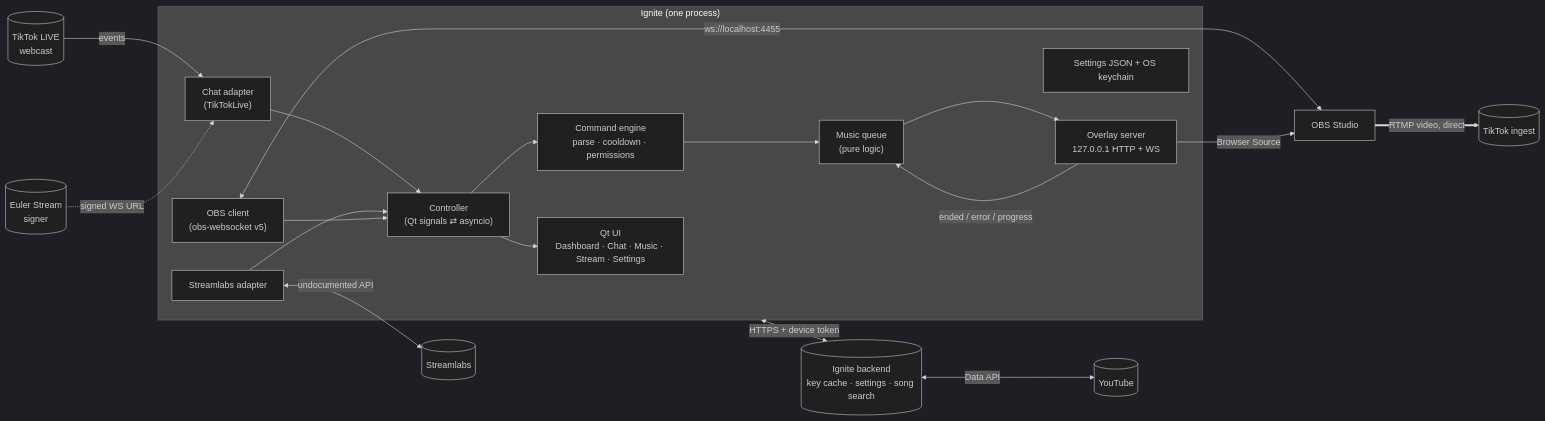
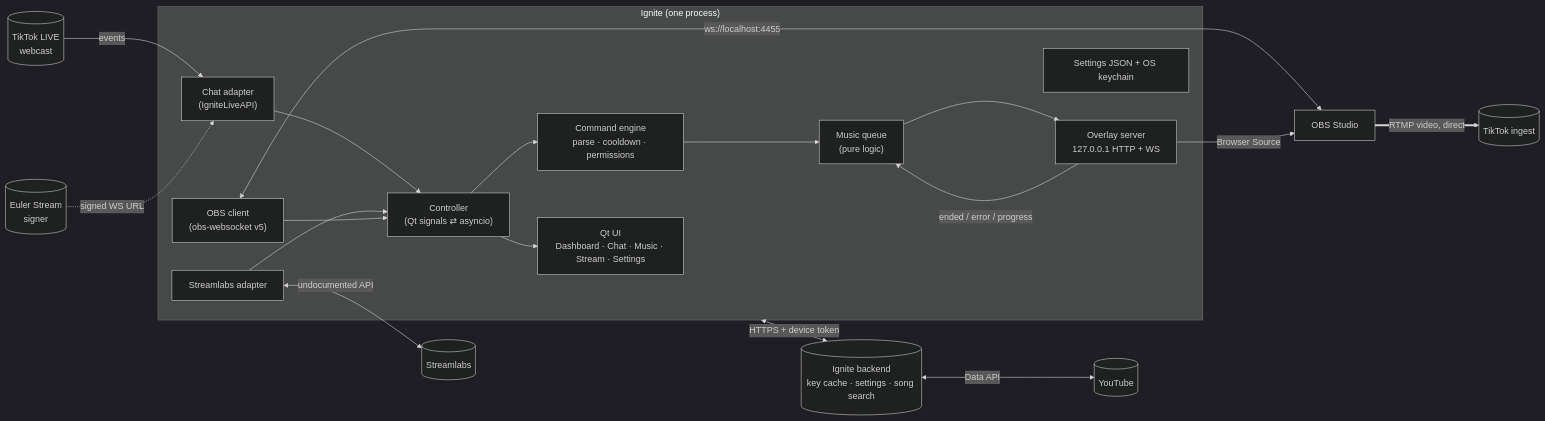
Before and after one commit to sh1ftycode/IgniteLive: the diagram in docs/DESIGN.md, drawn with Mermaid (dark theme). The commit also changed other lines of this file and 11 other files, not shown here.

First line of the commit message:
Use IgniteLiveAPI instead of TikTokLive for TikTok chat

````diff
--- a/docs/DESIGN.md
+++ b/docs/DESIGN.md
@@ -139,27 +142,27 @@
 ```mermaid
 flowchart LR
   subgraph Desktop["Ignite (one process)"]
     UI["Qt UI<br/>Dashboard · Chat · Music · Stream · Settings"]
     Bus["Controller<br/>(Qt signals ⇄ asyncio)"]
-    Chat["Chat adapter<br/>(TikTokLive)"]
+    Chat["Chat adapter<br/>(IgniteLiveAPI)"]
     Cmd["Command engine<br/>parse · cooldown · permissions"]
     Q["Music queue<br/>(pure logic)"]
     SL["Streamlabs adapter"]
     OBSC["OBS client<br/>(obs-websocket v5)"]
     OVS["Overlay server<br/>127.0.0.1 HTTP + WS"]
     Store["Settings JSON + OS keychain"]
   end
   TT[(TikTok LIVE<br/>webcast)] -->|events| Chat
   Euler[(Euler Stream<br/>signer)] -.signed WS URL.-> Chat
   SL <-->|undocumented API| Streamlabs[(Streamlabs)]
   OBSC <-->|ws://localhost:4455| OBS[OBS Studio]
   OVS -->|Browser Source| OBS
   Desktop <-->|"HTTPS + device token"| Backend[(Ignite backend<br/>key cache · settings · song search)]
   Backend <-->|Data API| YT[(YouTube)]
   OBS ==>|RTMP video, direct| TTIngest[(TikTok ingest)]
   Chat --> Bus --> UI
   Bus --> Cmd --> Q --> OVS
   OVS -->|"ended / error / progress"| Q
   SL --> Bus
   OBSC --> Bus
 ```
````
